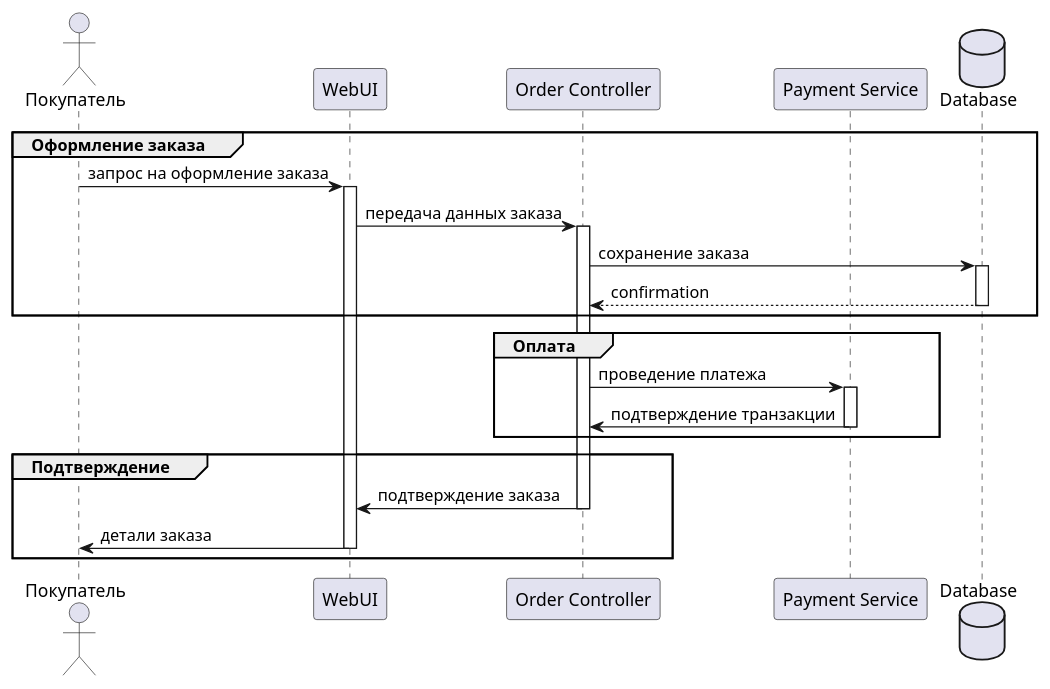
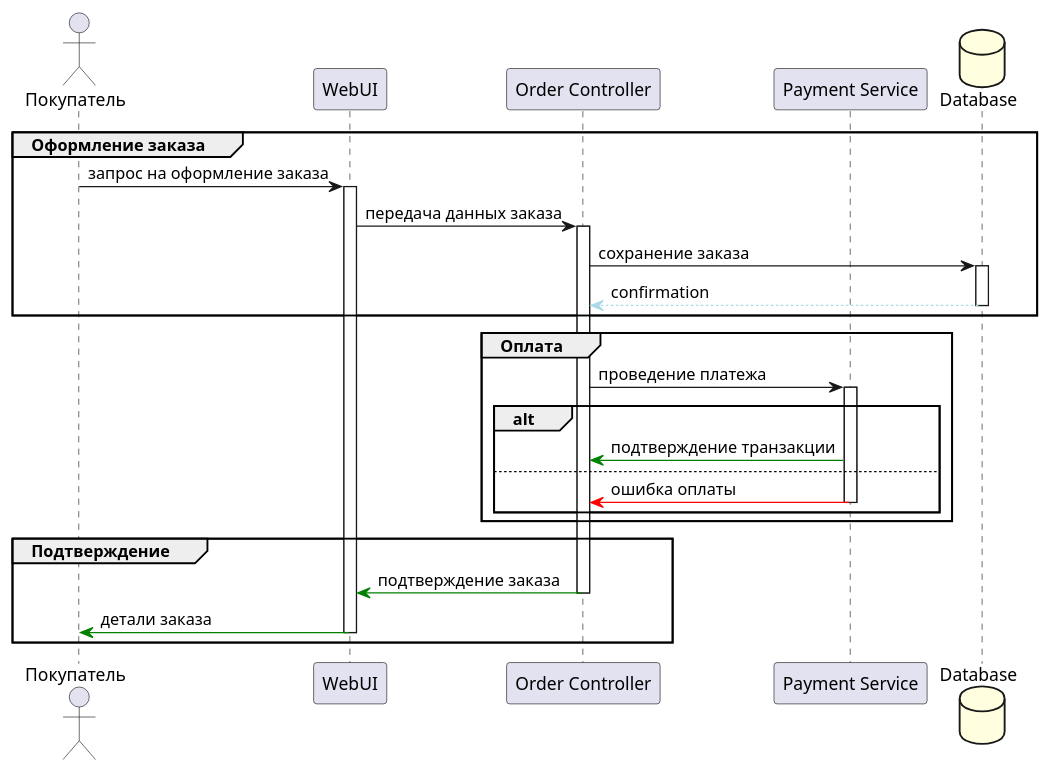
Before and after one commit to kirillrumyantsev-hub/uml-diagrams: the diagram in module 4/module_4_2.wsd, drawn with PlantUML. The commit also changed 3 other files, not shown here.

```diff
--- a/module 4/module_4_2.wsd
+++ b/module 4/module_4_2.wsd
@@ -1,34 +1,38 @@
 @startuml
 
 actor           "Покупатель"        as  user
 participant     "WebUI"             as  web
 participant     "Order Controller"  as  manager
 participant     "Payment Service"   as  billing
-database        "Database"          as  db
+database        "Database"          as  db #lightYellow
 
 group Оформление заказа
     user    ->  web     :запрос на оформление заказа
     activate web
     web     ->  manager :передача данных заказа
     activate manager
     manager ->  db      :сохранение заказа
     activate db
-    db      --> manager :confirmation
+    db      --[#LightBlue]> manager :confirmation
     deactivate db
 end
 
 group Оплата
     manager ->  billing :проведение платежа
     activate billing
-    billing ->  manager :подтверждение транзакции
-    deactivate billing
-end
+    alt
+        billing -[#green]>  manager :подтверждение транзакции
+        else
+        billing -[#red]>  manager :ошибка оплаты
+        deactivate billing
+    end
+    end
 
 group Подтверждение
-    manager ->  web     :подтверждение заказа
+    manager -[#green]>  web     :подтверждение заказа
     deactivate manager
-    web     ->  user    :детали заказа
+    web     -[#green]>  user    :детали заказа
     deactivate web
 end
 
 @enduml
```
